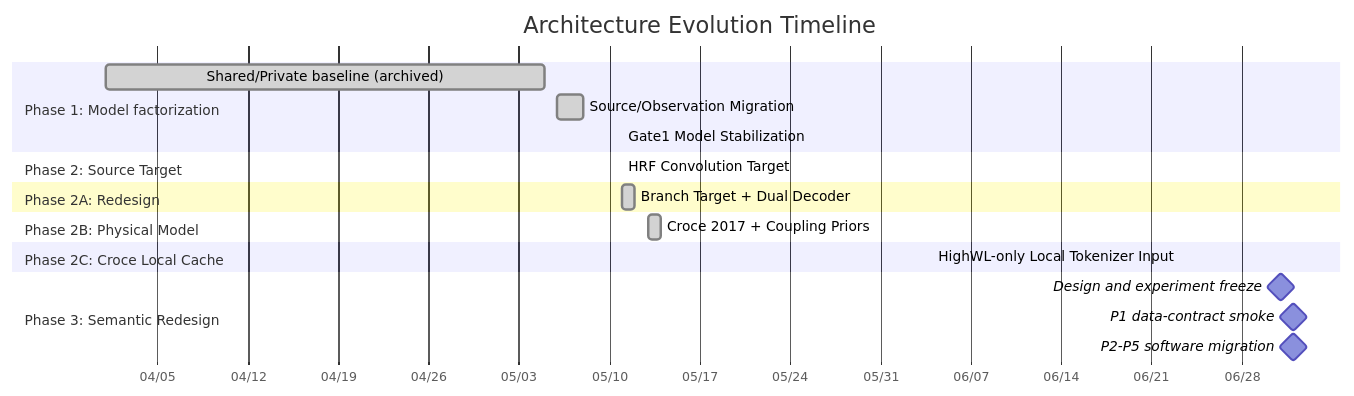
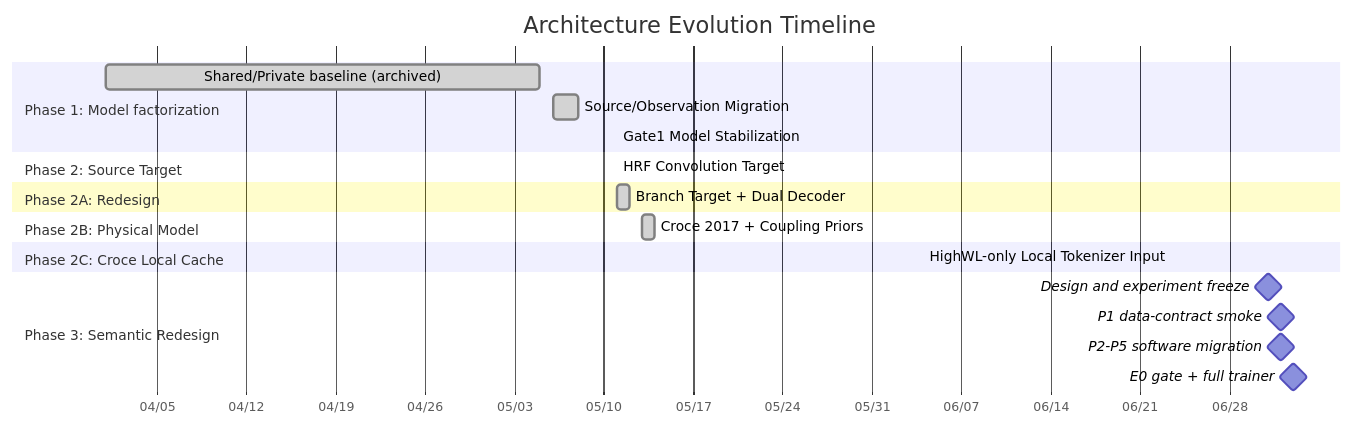
The diagram in docs/architecture_changelog/INDEX.md (Kevin65536/PID-MCM), drawn with Mermaid before and after one commit. The commit also changed other lines of this file and 12 other files, not shown here.

````diff
--- a/docs/architecture_changelog/INDEX.md
+++ b/docs/architecture_changelog/INDEX.md
@@ -18,24 +18,25 @@
 ```mermaid
 gantt
     accTitle: Architecture evolution timeline
     accDescr: The source observation lineage is complete through the Croce local runtime, followed by a planned physiology semantic tokenizer redesign.
     title Architecture Evolution Timeline
     dateFormat  YYYY-MM-DD
     axisFormat  %m/%d
     section Phase 1: Model factorization
         Shared/Private baseline (archived) :done, 2026-04-01, 2026-05-05
         Source/Observation Migration      :done, 2026-05-06, 2026-05-08
         Gate1 Model Stabilization         :done, 2026-05-11, 2026-05-11
     section Phase 2: Source Target
         HRF Convolution Target            :done, 2026-05-11, 2026-05-11
     section Phase 2A: Redesign
         Branch Target + Dual Decoder      :done, 2026-05-11, 2026-05-12
     section Phase 2B: Physical Model
         Croce 2017 + Coupling Priors      :done, 2026-05-13, 2026-05-14
     section Phase 2C: Croce Local Cache
         HighWL-only Local Tokenizer Input :done, 2026-06-04, 2026-06-04
     section Phase 3: Semantic Redesign
         Design and experiment freeze      :milestone, 2026-07-01, 0d
         P1 data-contract smoke            :milestone, 2026-07-02, 0d
         P2-P5 software migration          :milestone, 2026-07-02, 0d
+        E0 gate + full trainer             :milestone, 2026-07-03, 0d
 ```
````
